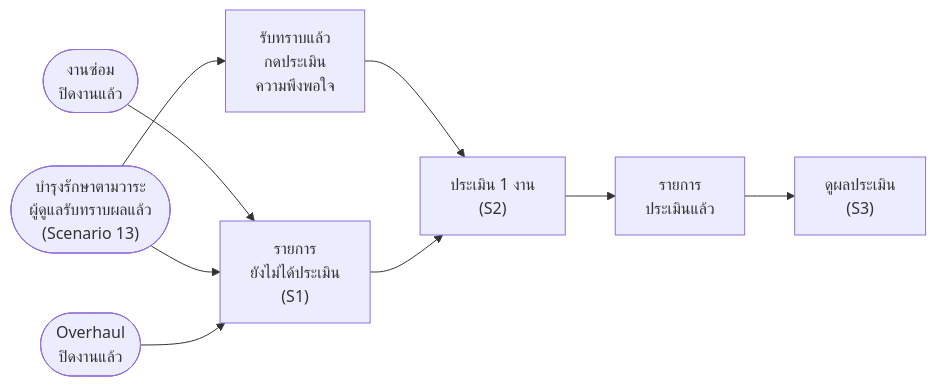
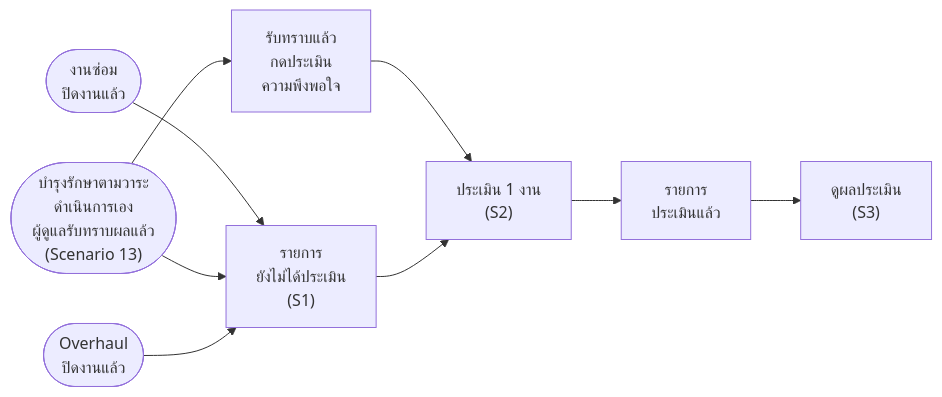
The diagram in Diagram/09-ประเมินความพึงพอใจ/01-ประเมินความพึงพอใจ-userflow.md (anugmail/Maintenance-Request-Form), drawn with Mermaid before and after one commit. The commit also changed other lines of this file and 6 other files, not shown here.

````diff
--- a/Diagram/09-ประเมินความพึงพอใจ/01-ประเมินความพึงพอใจ-userflow.md
+++ b/Diagram/09-ประเมินความพึงพอใจ/01-ประเมินความพึงพอใจ-userflow.md
@@ -33,11 +33,11 @@
 ```mermaid
 flowchart LR
     R(["งานซ่อม<br/>ปิดงานแล้ว"]) --> L["รายการ<br/>ยังไม่ได้ประเมิน<br/>(S1)"]
-    M(["บำรุงรักษาตามวาระ<br/>ผู้ดูแลรับทราบผลแล้ว<br/>(Scenario 13)"]) --> L
+    M(["บำรุงรักษาตามวาระ<br/>ดำเนินการเอง<br/>ผู้ดูแลรับทราบผลแล้ว<br/>(Scenario 13)"]) --> L
     O(["Overhaul<br/>ปิดงานแล้ว"]) --> L
     M --> K["รับทราบแล้ว<br/>กดประเมิน<br/>ความพึงพอใจ"]
     K --> F
     L --> F["ประเมิน 1 งาน<br/>(S2)"]
     F --> D["รายการ<br/>ประเมินแล้ว"]
     D --> V["ดูผลประเมิน<br/>(S3)"]
 ```
````
